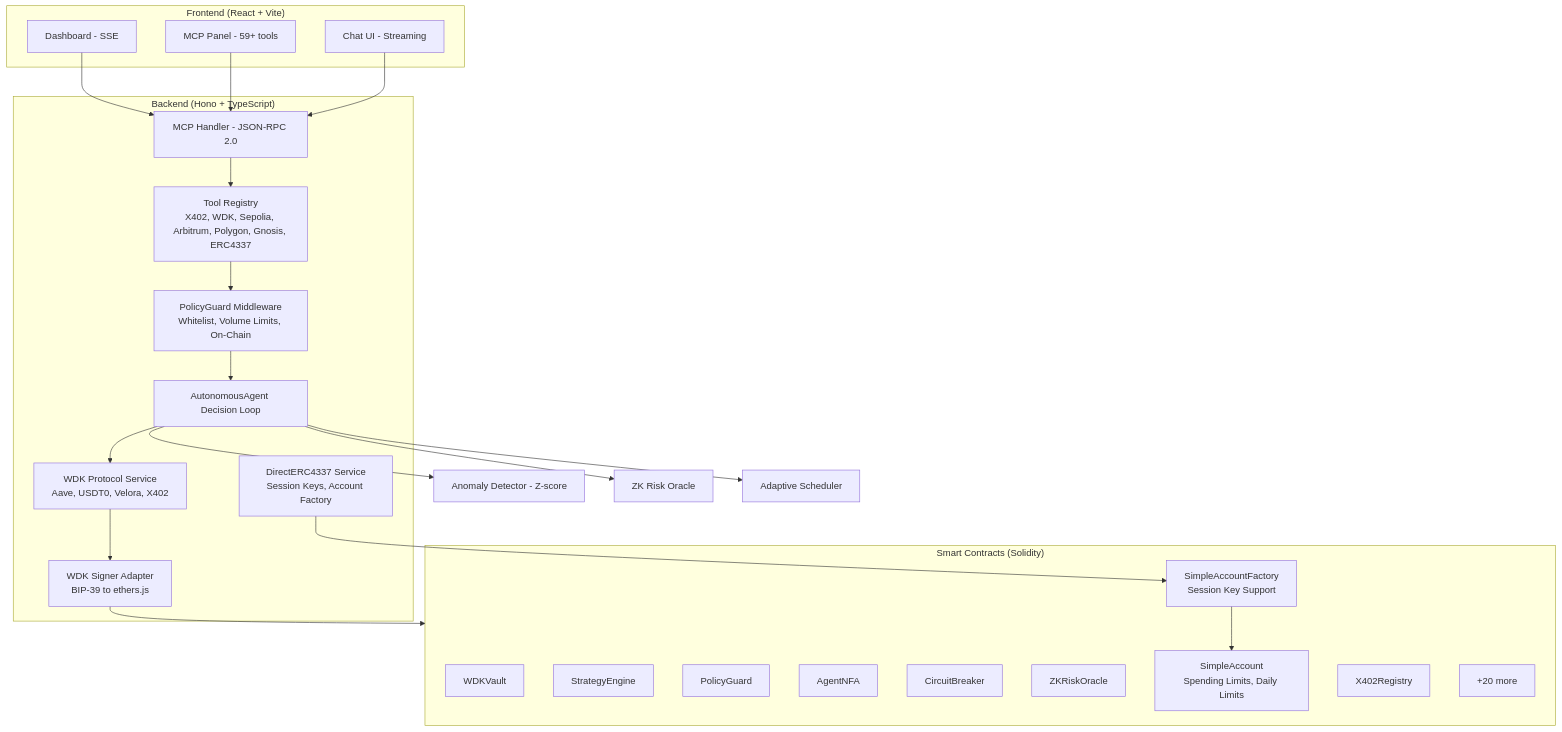
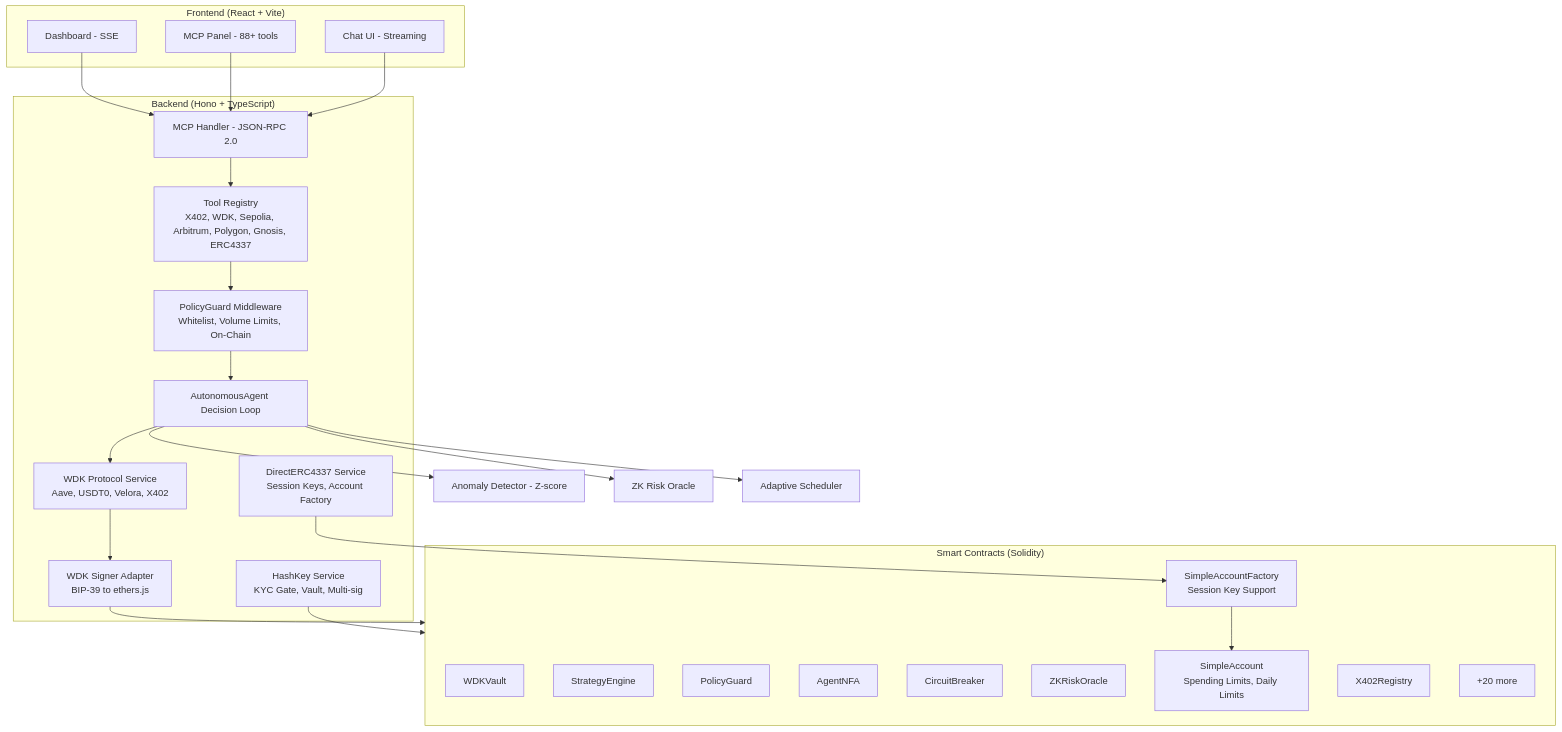
Before and after one commit to anhquan075/OmniAgent: the second of 7 diagrams in README.md, drawn with Mermaid. The commit also changed other lines of this file and 74 other files, not shown here.

First line of the commit message:
feat: add HashKey chain support, autonomous agent demo, robot fleet integration, and E2E tests

````diff
--- a/README.md
+++ b/README.md
@@ -131,46 +178,48 @@
 ```mermaid
 graph TB
     subgraph Frontend["Frontend (React + Vite)"]
         Dashboard[Dashboard - SSE]
-        MCPPanel[MCP Panel - 59+ tools]
+        MCPPanel[MCP Panel - 88+ tools]
         ChatUI[Chat UI - Streaming]
     end
 
     subgraph Backend["Backend (Hono + TypeScript)"]
         MCPHandler[MCP Handler - JSON-RPC 2.0]
         ToolRegistry[Tool Registry<br/>X402, WDK, Sepolia, Arbitrum, Polygon, Gnosis, ERC4337]
         PolicyGuard[PolicyGuard Middleware<br/>Whitelist, Volume Limits, On-Chain]
         AutoAgent[AutonomousAgent Decision Loop]
         WDKService[WDK Protocol Service<br/>Aave, USDT0, Velora, X402]
         WDKSigner[WDK Signer Adapter<br/>BIP-39 to ethers.js]
         DirectERC4337[DirectERC4337 Service<br/>Session Keys, Account Factory]
+        HashKeyService[HashKey Service<br/>KYC Gate, Vault, Multi-sig]
     end
 
     subgraph SmartContracts["Smart Contracts (Solidity)"]
         WDKVault[WDKVault]
         StrategyEngine[StrategyEngine]
         PolicyGuardSC[PolicyGuard]
         AgentNFA[AgentNFA]
         CircuitBreaker[CircuitBreaker]
         ZKRiskOracle[ZKRiskOracle]
         SimpleAccountFactory[SimpleAccountFactory<br/>Session Key Support]
         SimpleAccount[SimpleAccount<br/>Spending Limits, Daily Limits]
         X402Registry[X402Registry]
         More[+20 more]
     end
 
     Dashboard --> MCPHandler
     MCPPanel --> MCPHandler
     ChatUI --> MCPHandler
     MCPHandler --> ToolRegistry
     ToolRegistry --> PolicyGuard
     PolicyGuard --> AutoAgent
     AutoAgent --> WDKService
     AutoAgent --> AnomalyDetector[Anomaly Detector - Z-score]
     AutoAgent --> ZKOracle[ZK Risk Oracle]
     AutoAgent --> AdaptiveScheduler[Adaptive Scheduler]
     WDKService --> WDKSigner
     WDKSigner --> SmartContracts
+    HashKeyService --> SmartContracts
     DirectERC4337 --> SimpleAccountFactory
     SimpleAccountFactory --> SimpleAccount
 ```
````
